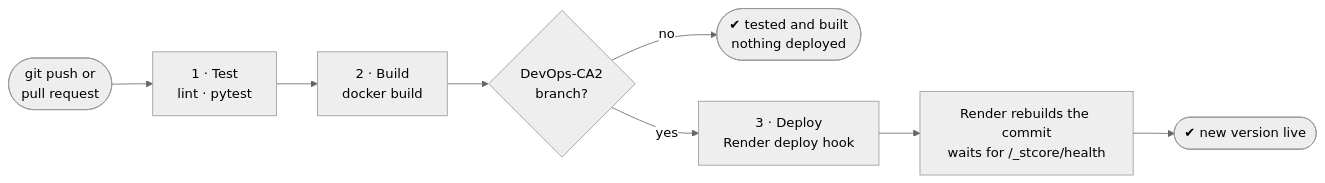
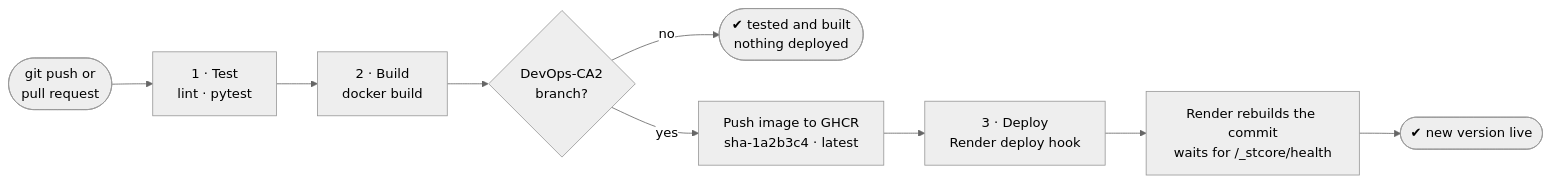
One commit to rocko131205/PBL-2 changed the diagram in docs/CI_CD.md. Above: the diagram before and after it, drawn with Mermaid (neutral theme). The commit also changed other lines of this file and 7 other files, not shown here.

````diff
--- a/docs/CI_CD.md
+++ b/docs/CI_CD.md
@@ -18,10 +18,11 @@
 ```mermaid
 flowchart LR
     PUSH(["git push or<br/>pull request"]) --> TEST["1 · Test<br/>lint · pytest"]
     TEST --> BUILD["2 · Build<br/>docker build"]
     BUILD --> BRANCH{"DevOps-CA2<br/>branch?"}
     BRANCH -- no --> DONE(["✔ tested and built<br/>nothing deployed"])
-    BRANCH -- yes --> DEPLOY["3 · Deploy<br/>Render deploy hook"]
+    BRANCH -- yes --> GHCR["Push image to GHCR<br/>sha-1a2b3c4 · latest"]
+    GHCR --> DEPLOY["3 · Deploy<br/>Render deploy hook"]
     DEPLOY --> RENDER["Render rebuilds the commit<br/>waits for /_stcore/health"]
     RENDER --> LIVE(["✔ new version live"])
 ```
````
